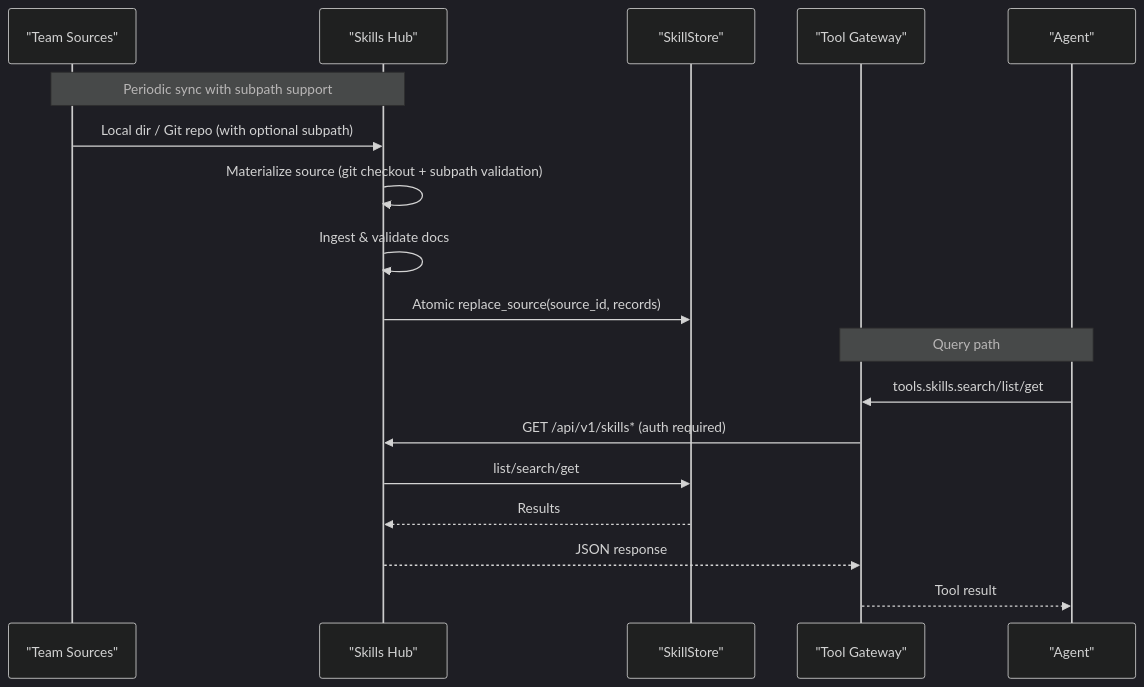
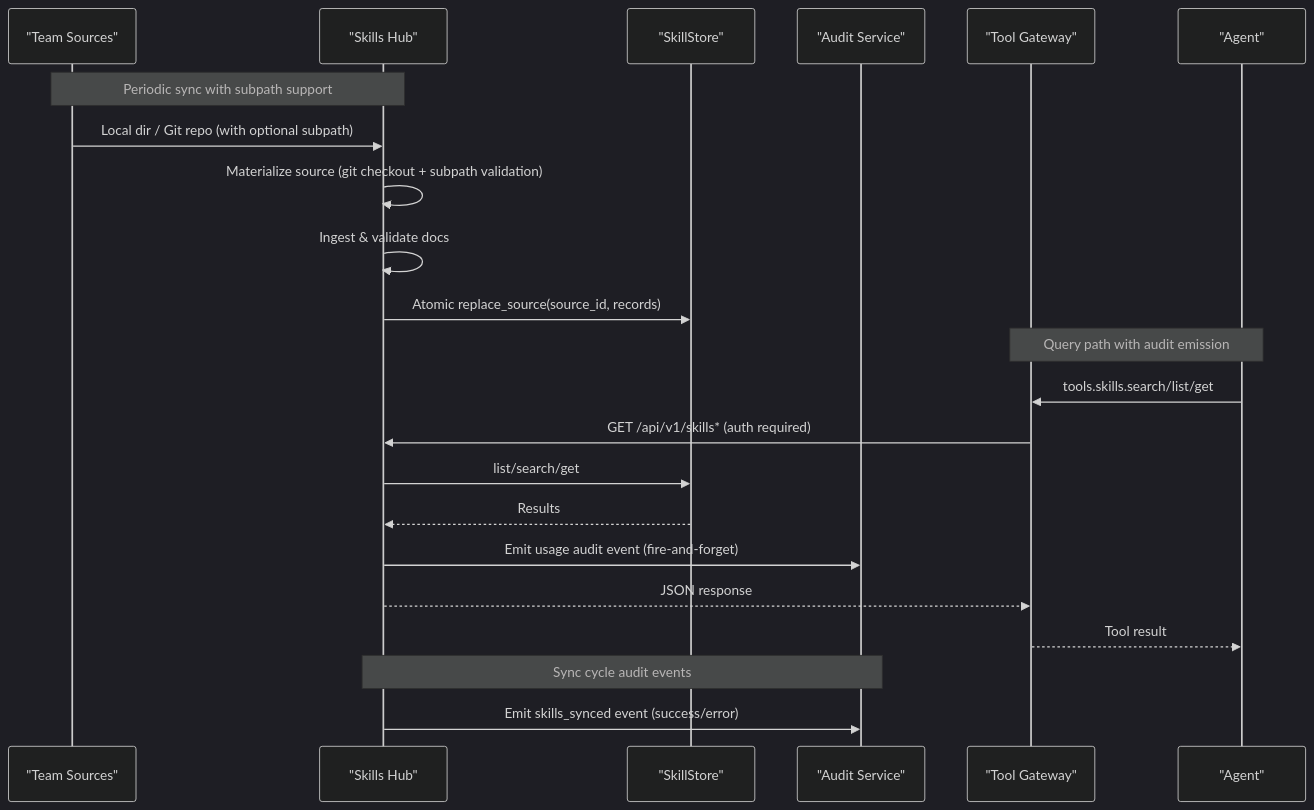
One commit to metasync/luban-aiops changed the second of 12 diagrams in .qoder/repowiki/en/content/Deployment and Operations/Skills Hub Service.md. Above: the diagram before and after it, drawn with Mermaid (dark theme). The commit also changed other lines of this file and 8 other files, not shown here.

````diff
--- a/.qoder/repowiki/en/content/Deployment and Operations/Skills Hub Service.md
+++ b/.qoder/repowiki/en/content/Deployment and Operations/Skills Hub Service.md
@@ -120,20 +132,24 @@
 ```mermaid
 sequenceDiagram
 participant Team as "Team Sources"
 participant Hub as "Skills Hub"
 participant Store as "SkillStore"
+participant Audit as "Audit Service"
 participant GW as "Tool Gateway"
 participant Agent as "Agent"
 Note over Team,Hub : Periodic sync with subpath support
 Team->>Hub : Local dir / Git repo (with optional subpath)
 Hub->>Hub : Materialize source (git checkout + subpath validation)
 Hub->>Hub : Ingest & validate docs
 Hub->>Store : Atomic replace_source(source_id, records)
-Note over Agent,GW : Query path
+Note over Agent,GW : Query path with audit emission
 Agent->>GW : tools.skills.search/list/get
 GW->>Hub : GET /api/v1/skills* (auth required)
 Hub->>Store : list/search/get
 Store-->>Hub : Results
+Hub->>Audit : Emit usage audit event (fire-and-forget)
 Hub-->>GW : JSON response
 GW-->>Agent : Tool result
+Note over Hub,Audit : Sync cycle audit events
+Hub->>Audit : Emit skills_synced event (success/error)
 ```
````
